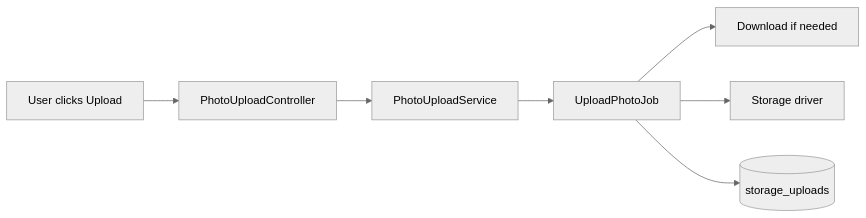
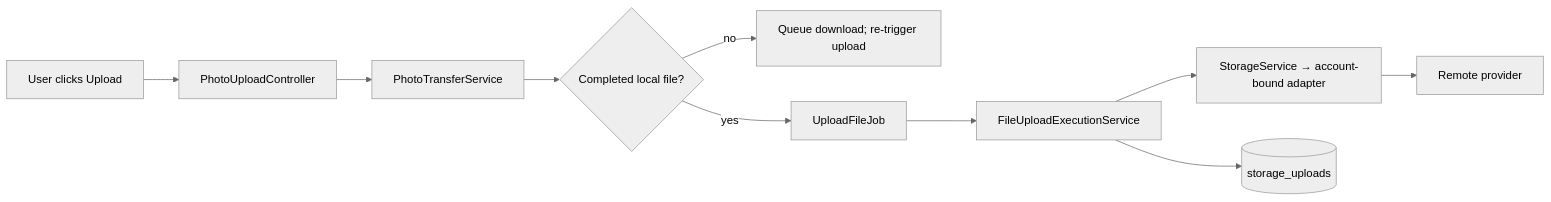
Before and after one commit to jooservices/XFlickr: the third of 3 diagrams in docs/00-architecture/data-flow.md, drawn with Mermaid (neutral theme). The commit also changed other lines of this file and 11 other files, not shown here.

First line of the commit message:
docs: sync Storage adapter and Transfer module boundaries

````diff
--- a/docs/00-architecture/data-flow.md
+++ b/docs/00-architecture/data-flow.md
@@ -42,9 +43,12 @@
 ```mermaid
 flowchart LR
   User[User clicks Upload] --> ULController[PhotoUploadController]
-  ULController --> ULService[PhotoUploadService]
-  ULService --> ULJob[UploadPhotoJob]
-  ULJob --> EnsureLocal[Download if needed]
-  ULJob --> Cloud[Storage driver]
-  ULJob --> Uploads[(storage_uploads)]
+  ULController --> ULService[PhotoTransferService]
+  ULService --> EnsureLocal{Completed local file?}
+  EnsureLocal -->|no| QueueDownload[Queue download; re-trigger upload]
+  EnsureLocal -->|yes| ULJob[UploadFileJob]
+  ULJob --> ULExec[FileUploadExecutionService]
+  ULExec --> Storage[StorageService → account-bound adapter]
+  Storage --> Cloud[Remote provider]
+  ULExec --> Uploads[(storage_uploads)]
 ```
````
